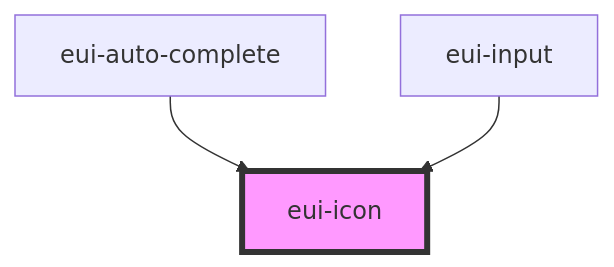
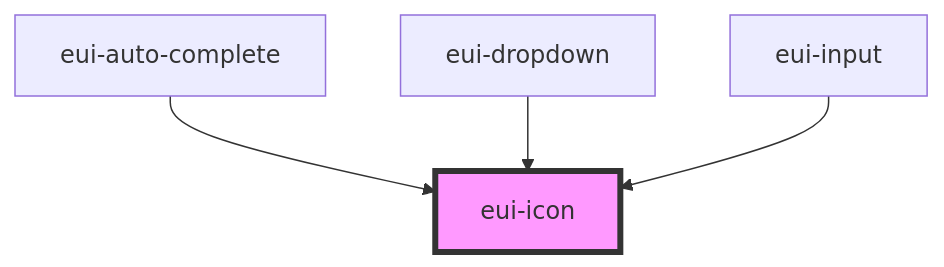
The diagram in ensemble-ui/src/components/icon/readme.md (pnd-amirhosein/U_and_I), drawn with Mermaid before and after one commit. The commit also changed other lines of this file and 18 other files, not shown here.

````diff
--- a/ensemble-ui/src/components/icon/readme.md
+++ b/ensemble-ui/src/components/icon/readme.md
@@ -24,6 +25,7 @@
 ```mermaid
 graph TD;
   eui-auto-complete --> eui-icon
+  eui-dropdown --> eui-icon
   eui-input --> eui-icon
   style eui-icon fill:#f9f,stroke:#333,stroke-width:4px
 ```
````
